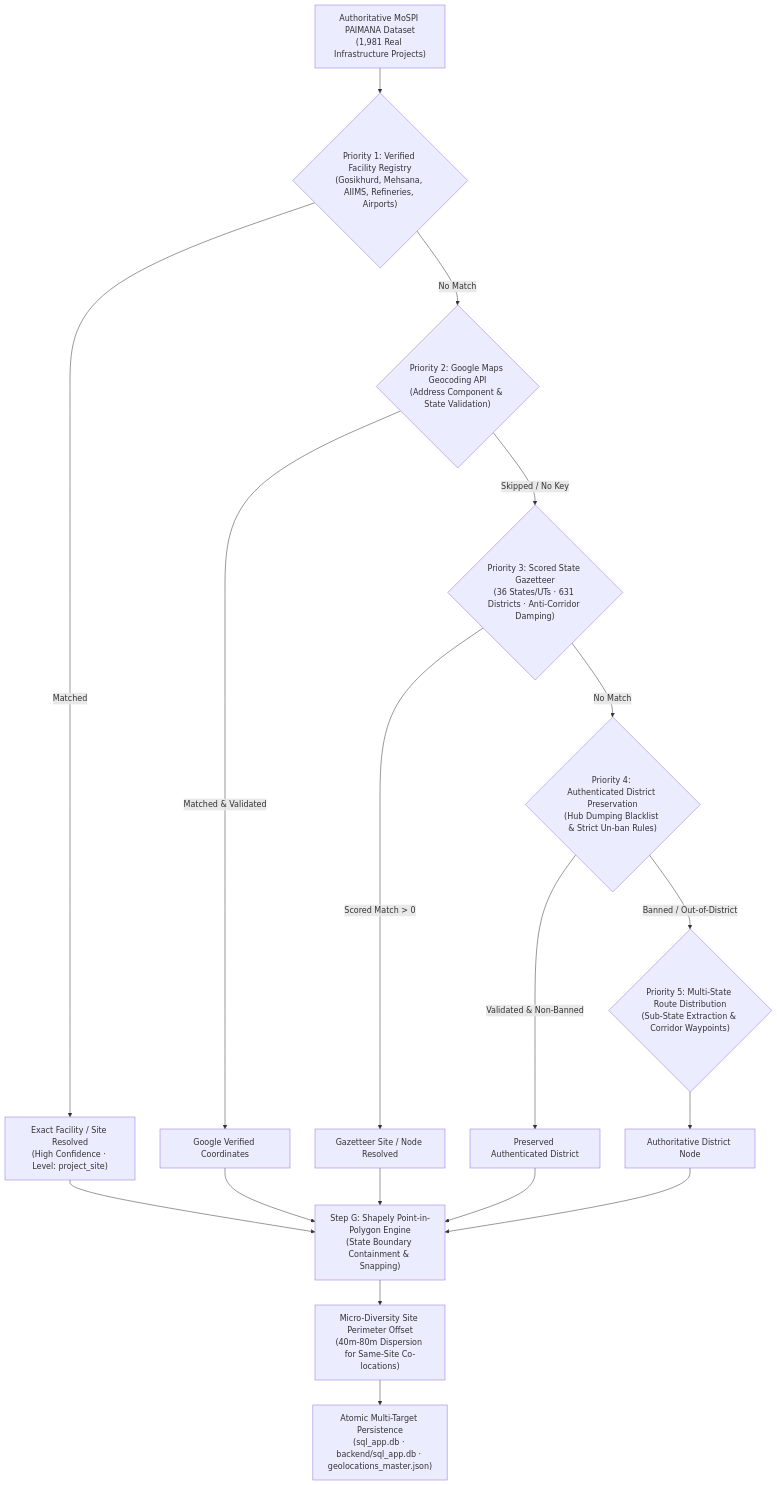
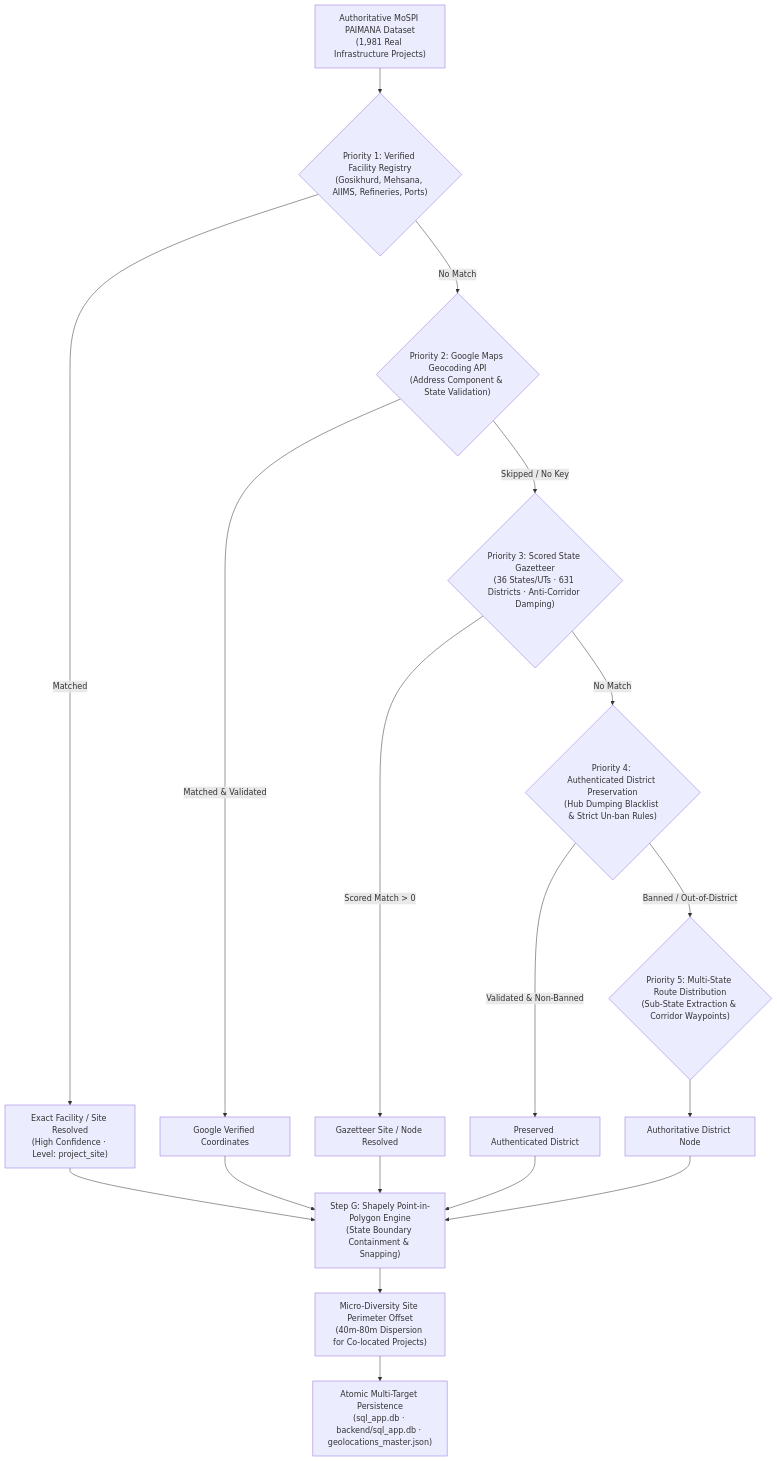
Before and after one commit to vedant1506/SIH-26: the third of 4 diagrams in README.md, drawn with Mermaid. The commit also changed other lines of this file, not shown here.

Commit message:
docs: update README with current project dataset, GFR-175 compliance, Bhuvan GIS, and File Analysis Hub parity

````diff
--- a/README.md
+++ b/README.md
@@ -112,17 +123,17 @@
 ```mermaid
 flowchart TD
-    RAW["Authoritative MoSPI PAIMANA Dataset\n(1,981 Real Infrastructure Projects)"] --> P1{"Priority 1: Verified Facility Registry\n(Gosikhurd, Mehsana, AIIMS, Refineries, Airports)"}
+    RAW["Authoritative MoSPI PAIMANA Dataset\n(1,981 Real Infrastructure Projects)"] --> P1{"Priority 1: Verified Facility Registry\n(Gosikhurd, Mehsana, AIIMS, Refineries, Ports)"}
     P1 -- Matched --> R_FAC["Exact Facility / Site Resolved\n(High Confidence · Level: project_site)"]
     P1 -- No Match --> P2{"Priority 2: Google Maps Geocoding API\n(Address Component & State Validation)"}
     P2 -- Matched & Validated --> R_GGL["Google Verified Coordinates"]
     P2 -- Skipped / No Key --> P3{"Priority 3: Scored State Gazetteer\n(36 States/UTs · 631 Districts · Anti-Corridor Damping)"}
     P3 -- Scored Match > 0 --> R_GAZ["Gazetteer Site / Node Resolved"]
     P3 -- No Match --> P4{"Priority 4: Authenticated District Preservation\n(Hub Dumping Blacklist & Strict Un-ban Rules)"}
     P4 -- Validated & Non-Banned --> R_PRE["Preserved Authenticated District"]
     P4 -- Banned / Out-of-District --> P5{"Priority 5: Multi-State Route Distribution\n(Sub-State Extraction & Corridor Waypoints)"}
     P5 --> R_DST["Authoritative District Node"]
 
     R_FAC & R_GGL & R_GAZ & R_PRE & R_DST --> PIP["Step G: Shapely Point-in-Polygon Engine\n(State Boundary Containment & Snapping)"]
-    PIP --> MICRO["Micro-Diversity Site Perimeter Offset\n(40m-80m Dispersion for Same-Site Co-locations)"]
+    PIP --> MICRO["Micro-Diversity Site Perimeter Offset\n(40m-80m Dispersion for Co-located Projects)"]
     MICRO --> SYNC["Atomic Multi-Target Persistence\n(sql_app.db · backend/sql_app.db · geolocations_master.json)"]
 ```
````
